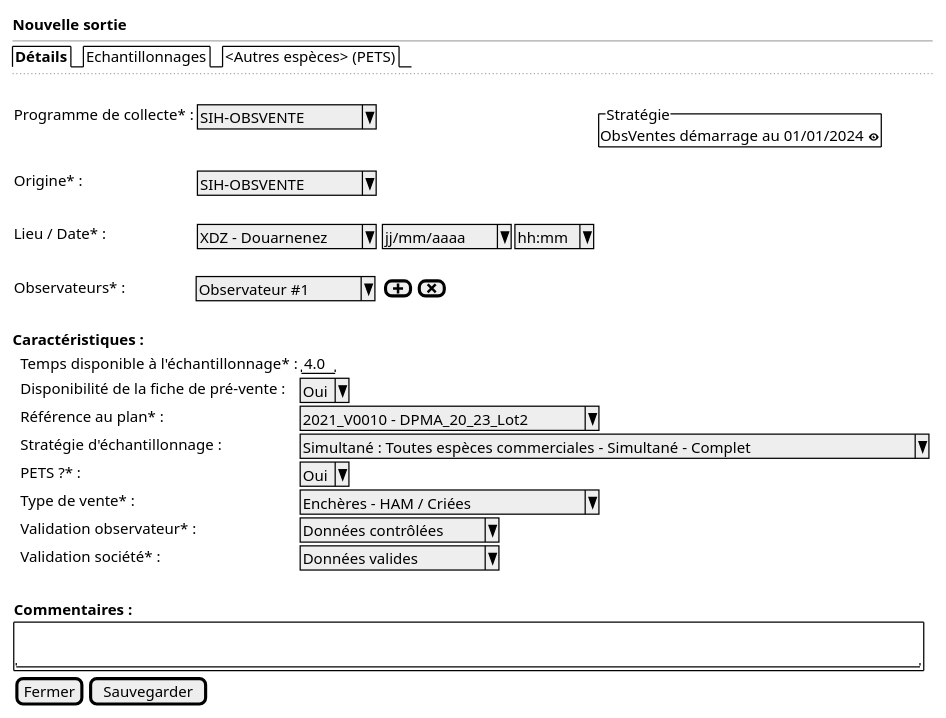
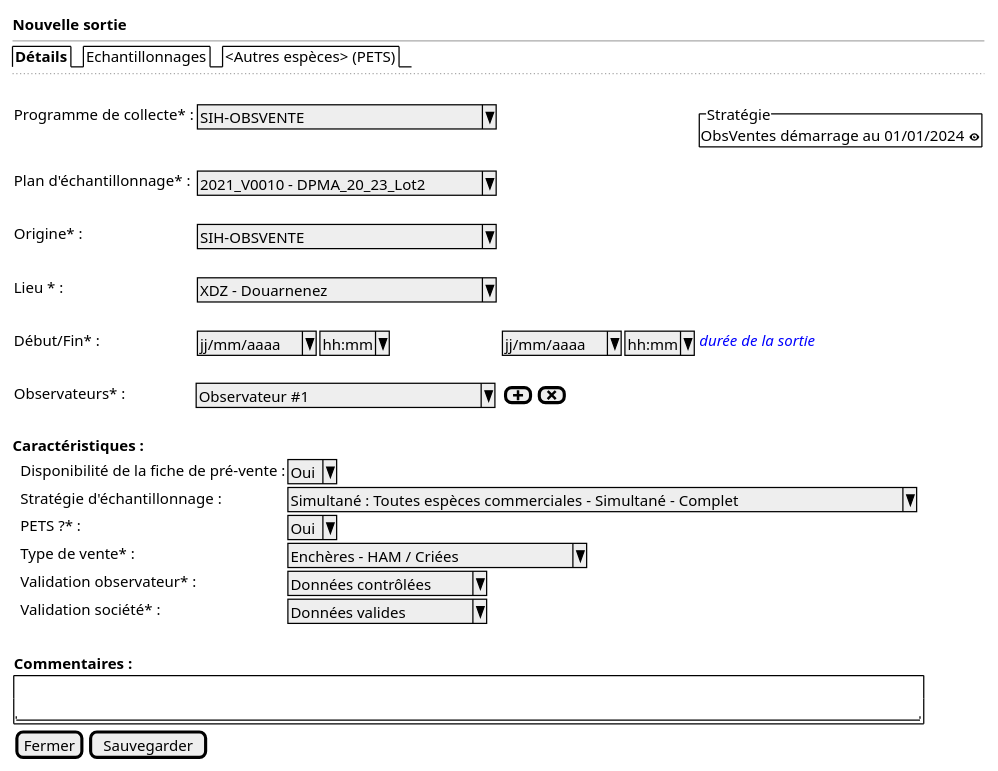
The diagram in projects/obsvente/spe/images/observed-location-new.puml (sumaris-net/sumaris-doc), drawn with PlantUML before and after one commit. The commit also changed 3 other files, not shown here.

Commit message:
MAJ sortie (plan d'échantillonnage et date début et fin)

```diff
--- a/projects/obsvente/spe/images/observed-location-new.puml
+++ b/projects/obsvente/spe/images/observed-location-new.puml
@@ -1,47 +1,49 @@
 @startsalt
 {
   <b>Nouvelle sortie
   --
   {/ <b>Détails | Echantillonnages | <Autres espèces> (PETS)}
   ..
   .
   {
 
-      Programme de collecte* :    | { ^SIH-OBSVENTE    ^ } | * | {^"Stratégie"
+      Programme de collecte* :    | { ^SIH-OBSVENTE                ^ } | * | {^"Stratégie"
                                                                                               ObsVentes démarrage au 01/01/2024 <&eye> }
-      Origine* :    | { ^SIH-OBSVENTE    ^ }
+      Plan d'échantillonnage* :    | { ^2021_V0010 - DPMA_20_23_Lot2^}
       .
-      Lieu / Date* :     | { ^XDZ - Douarnenez^ } | { ^ jj/mm/aaaa^  |  ^ hh:mm^ }
+      Origine* :    | { ^SIH-OBSVENTE                ^ }
       .
-      Observateurs* :            | ^ Observateur #1 ^ | { [<&plus>] | [<&x>] }
+      Lieu * :     | { ^XDZ - Douarnenez            ^ }
+      .
+      Début/Fin* :     | { ^jj/mm/aaaa^  |  ^hh:mm^ } { ^jj/mm/aaaa^  |  ^hh:mm^ } <i><color:blue>durée de la sortie
+      .
+      Observateurs* :            | ^ Observateur #1             ^ | { [<&plus>] | [<&x>] }
       .
 
 
   }
 
   <b>Caractéristiques :
 
   {
-      . | Temps disponible à l'échantillonnage* :| "4.0"
       . | Disponibilité de la fiche de pré-vente :| ^Oui^
-      . | Référence au plan* : | ^2021_V0010 - DPMA_20_23_Lot2^
       . | Stratégie d'échantillonnage : | ^Simultané : Toutes espèces commerciales - Simultané - Complet^
       . | PETS ?* : | ^Oui^
       . | Type de vente* : | ^Enchères - HAM / Criées     ^
       . | Validation observateur* : | ^Données contrôlées^
       . | Validation société* : | ^Données valides   ^
       . | .
   }
 
 
   {
      <b>Commentaires :
 
      {+ .
         "                                                                                          "
      }
   }
 
   { [Fermer] | [Sauvegarder] }
 }
 @endsalt
```
